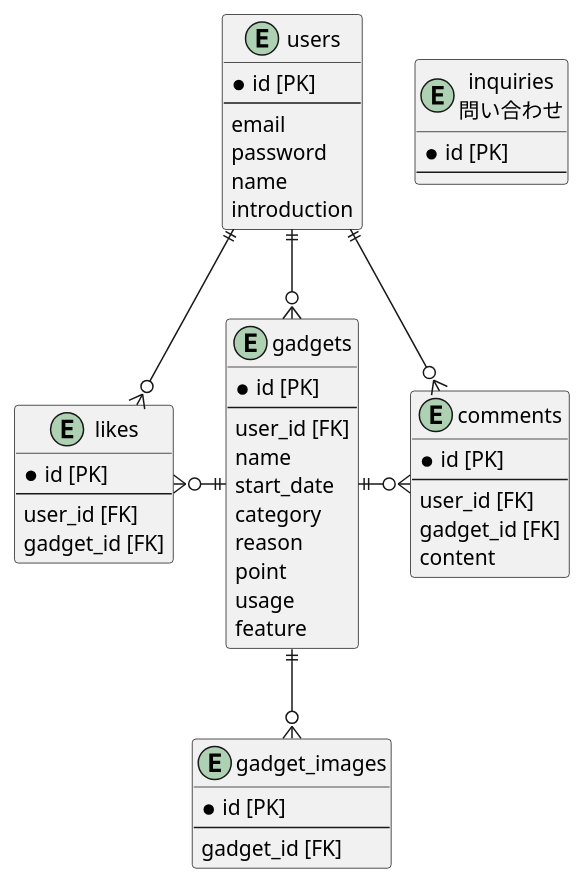
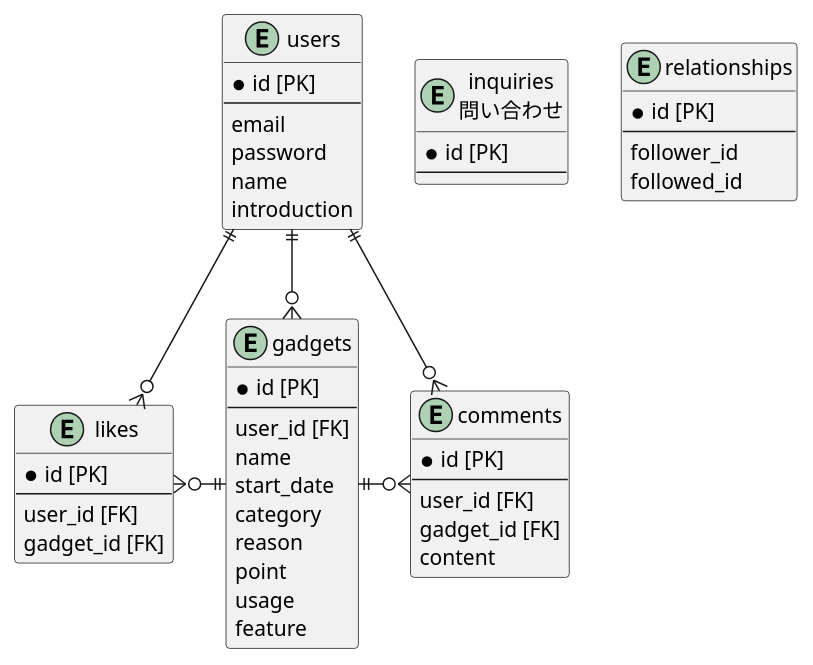
The diagram in erd.pu (darutani/Portfolio-OshiGadge), drawn with PlantUML before and after one commit.

Commit message:
update: relationshipテーブルを追加 #67

```diff
--- a/erd.pu
+++ b/erd.pu
@@ -1,58 +1,58 @@
 @startuml OshiGadge
 
 entity users {
   *id [PK]
   --
   email
   password
   name
   introduction
 }
 
 entity gadgets {
   *id [PK]
   --
   user_id [FK]
   name
   start_date
   category
   reason
   point
   usage
   feature
 }
 
 entity likes {
   *id [PK]
   --
   user_id [FK]
   gadget_id [FK]
 }
 
 entity comments {
   *id [PK]
   --
   user_id [FK]
   gadget_id [FK]
   content
 }
 
 entity inquiries as "inquiries\n問い合わせ" {
   *id [PK]
   --
 }
 
-entity gadget_images {
+entity relationships {
   *id [PK]
   --
-  gadget_id [FK]
+  follower_id
+  followed_id
 }
 
 users ||--o{ gadgets
 users ||--o{ comments
 users ||--o{ likes
 gadgets ||-r-o{ comments
-gadgets ||-d-o{ gadget_images
 gadgets ||-l-o{ likes
 
 @enduml
```
